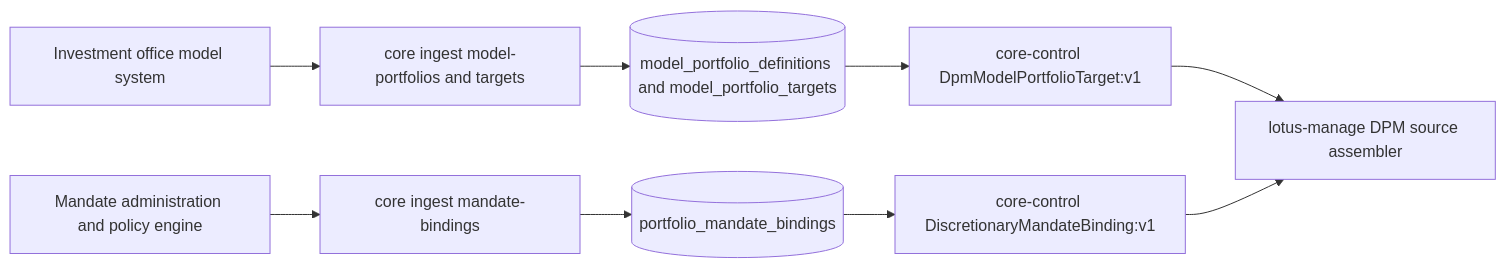
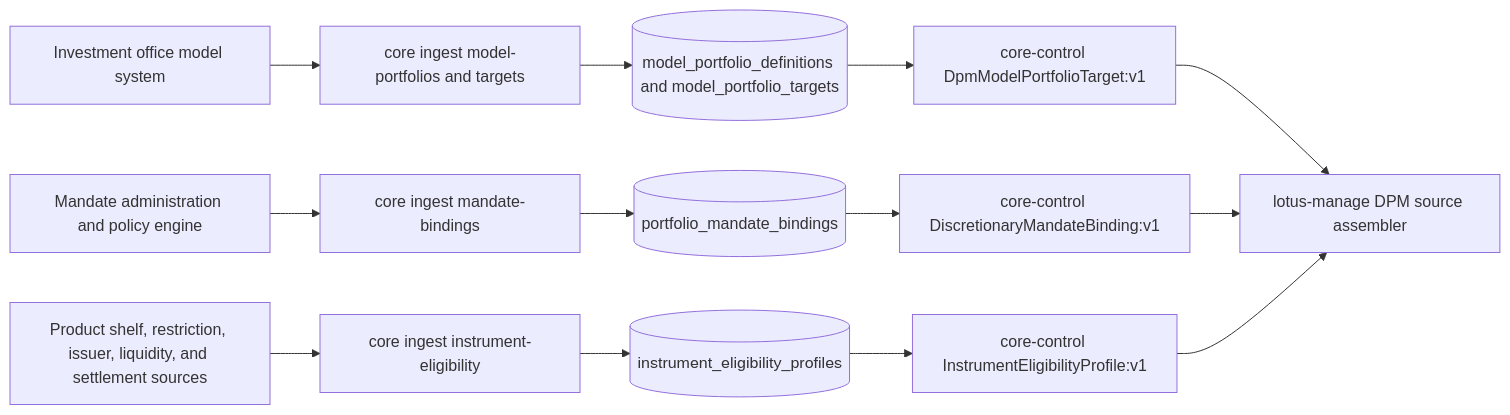
One commit to sgajbi/lotus-core changed the diagram in wiki/Mesh-Data-Products.md. Above: the diagram before and after it, drawn with Mermaid. The commit also changed other lines of this file and 31 other files, not shown here.

Commit message:
feat: add DPM instrument eligibility source product

````diff
--- a/wiki/Mesh-Data-Products.md
+++ b/wiki/Mesh-Data-Products.md
@@ -24,11 +25,15 @@
 ```mermaid
 flowchart LR
     Upstream[Investment office model system] --> Ingest[core ingest model-portfolios and targets]
     Mandate[Mandate administration and policy engine] --> BindIngest[core ingest mandate-bindings]
+    Eligibility[Product shelf, restriction, issuer, liquidity, and settlement sources] --> EligibilityIngest[core ingest instrument-eligibility]
     Ingest --> Store[(model_portfolio_definitions and model_portfolio_targets)]
     BindIngest --> BindingStore[(portfolio_mandate_bindings)]
+    EligibilityIngest --> EligibilityStore[(instrument_eligibility_profiles)]
     Store --> API[core-control DpmModelPortfolioTarget:v1]
     BindingStore --> BindingAPI[core-control DiscretionaryMandateBinding:v1]
+    EligibilityStore --> EligibilityAPI[core-control InstrumentEligibilityProfile:v1]
     API --> Manage[lotus-manage DPM source assembler]
     BindingAPI --> Manage
+    EligibilityAPI --> Manage
 ```
````
